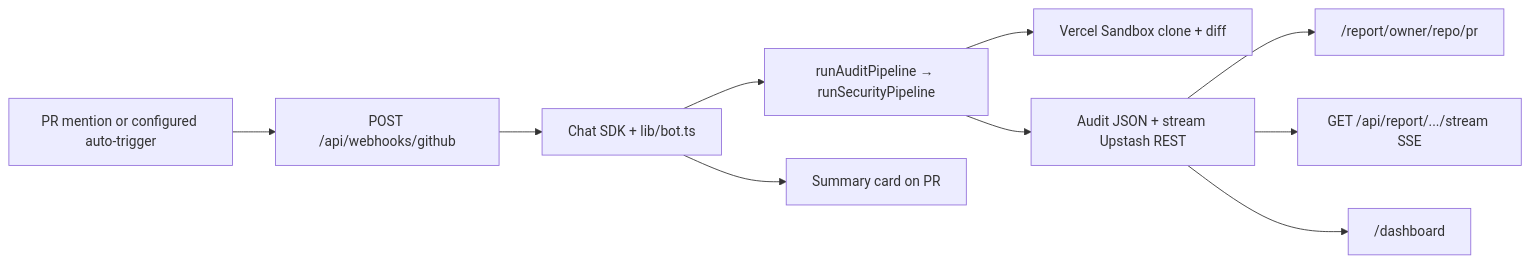
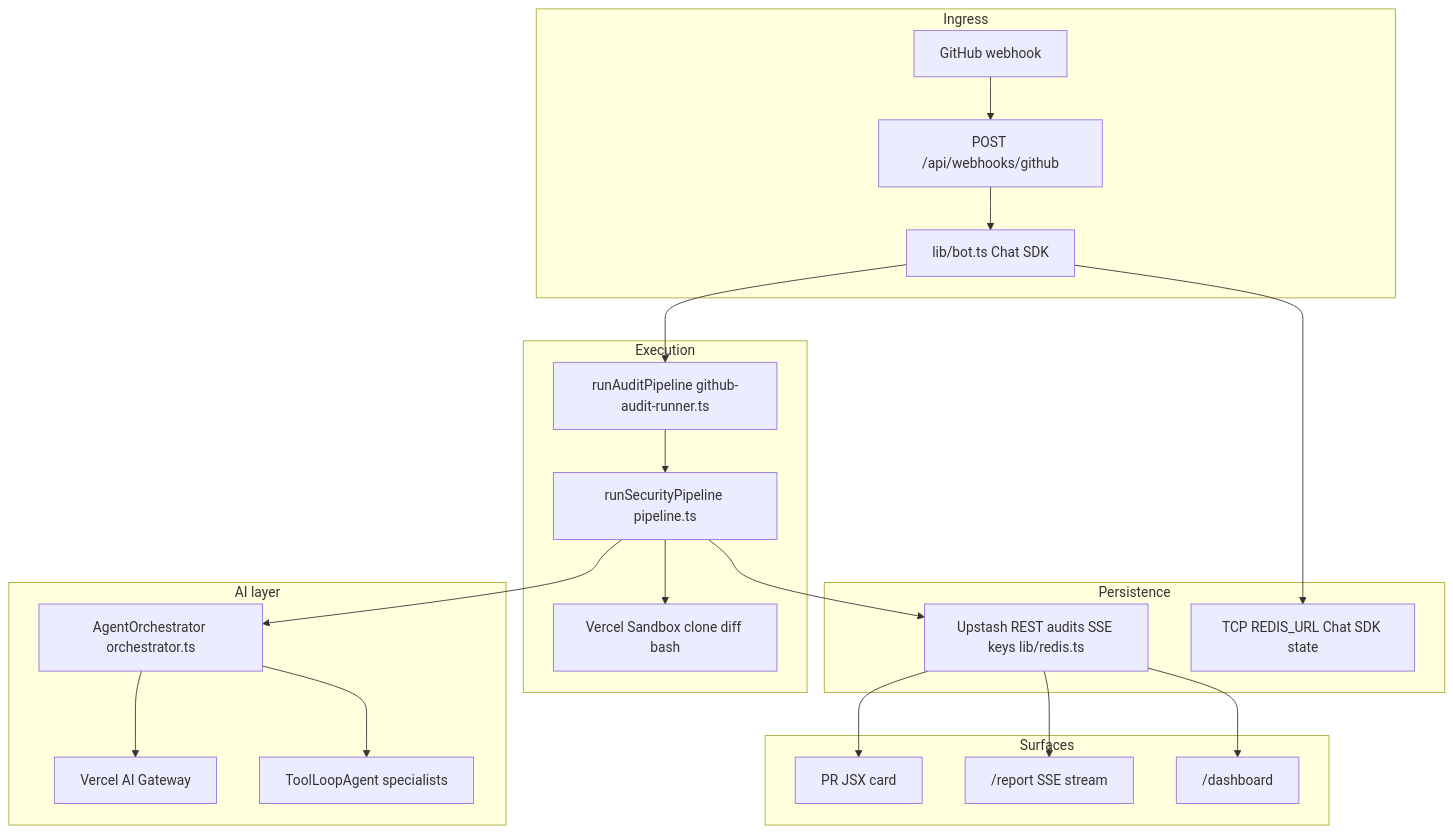
One commit to Julian-AT/clawguard changed the first of 4 diagrams in README.md. Above: the diagram before and after it, drawn with Mermaid. The commit also changed other lines of this file and 18 other files, not shown here.

````diff
--- a/README.md
+++ b/README.md
@@ -89,21 +50,40 @@
 ```mermaid
-flowchart LR
-  trigger["PR mention or configured auto-trigger"]
-  webhook["POST /api/webhooks/github"]
-  bot["Chat SDK + lib/bot.ts"]
-  pipeline["runAuditPipeline → runSecurityPipeline"]
-  sandbox["Vercel Sandbox clone + diff"]
-  kv["Audit JSON + stream Upstash REST"]
-  thread["Summary card on PR"]
-  page["/report/owner/repo/pr"]
-  sse["GET /api/report/.../stream SSE"]
-  dash["/dashboard"]
+flowchart TB
+  subgraph ingress [Ingress]
+    GH[GitHub webhook]
+    WH["POST /api/webhooks/github"]
+    BOT["lib/bot.ts Chat SDK"]
+  end
 
-  trigger --> webhook --> bot --> pipeline
-  pipeline --> sandbox
-  pipeline --> kv
-  bot --> thread
-  kv --> page
-  kv --> sse
-  kv --> dash
+  subgraph exec [Execution]
+    RUN["runAuditPipeline github-audit-runner.ts"]
+    PIPE["runSecurityPipeline pipeline.ts"]
+    SB[Vercel Sandbox clone diff bash]
+  end
+
+  subgraph ai [AI layer]
+    GW[Vercel AI Gateway]
+    ORCH["AgentOrchestrator orchestrator.ts"]
+    TLS[ToolLoopAgent specialists]
+  end
+
+  subgraph data [Persistence]
+    KV["Upstash REST audits SSE keys lib/redis.ts"]
+    TCP["TCP REDIS_URL Chat SDK state"]
+  end
+
+  subgraph surfaces [Surfaces]
+    CARD[PR JSX card]
+    REP["/report SSE stream"]
+    DASH["/dashboard"]
+  end
+
+  GH --> WH --> BOT --> RUN --> PIPE --> SB
+  PIPE --> ORCH --> TLS
+  ORCH --> GW
+  PIPE --> KV
+  BOT --> TCP
+  KV --> CARD
+  KV --> REP
+  KV --> DASH
 ```
````
